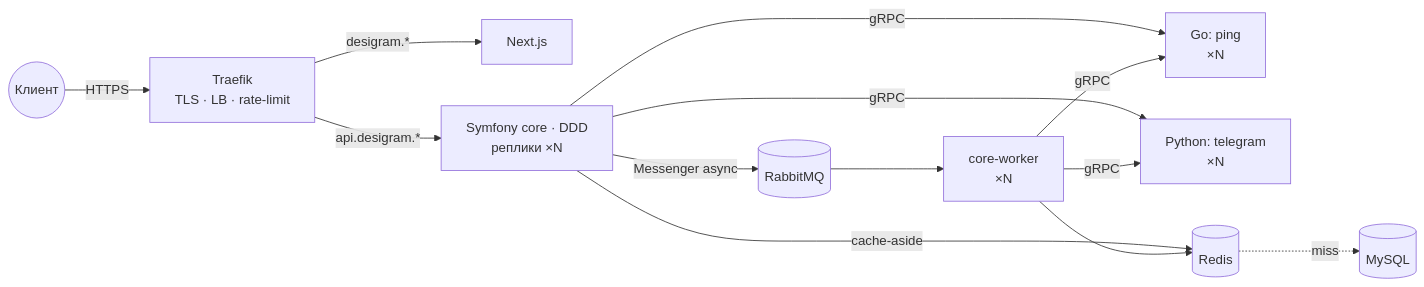
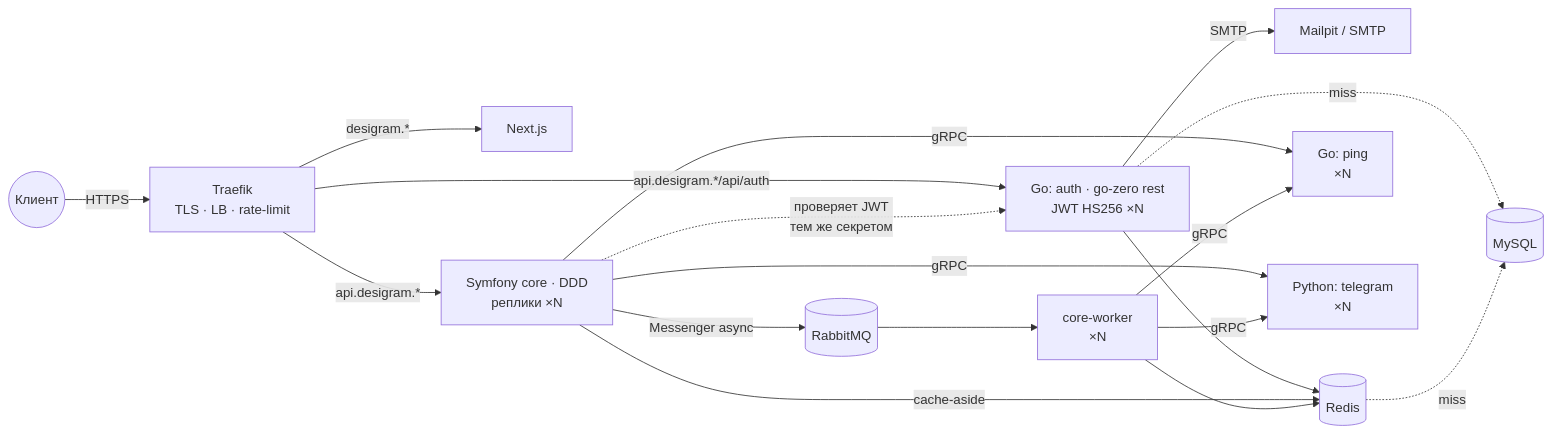
The diagram in README.md (snowaa-desigram/desigram), drawn with Mermaid before and after one commit. The commit also changed other lines of this file and 4 other files, not shown here.

First line of the commit message:
feat(auth): e2e auth-флоу через Mailpit, make openapi, README, сабмодули backend/enviropment

````diff
--- a/README.md
+++ b/README.md
@@ -9,15 +9,20 @@
 ```mermaid
 flowchart LR
     U((Клиент)) -->|HTTPS| T[Traefik<br/>TLS · LB · rate-limit]
     T -->|desigram.*| F[Next.js]
     T -->|api.desigram.*| C[Symfony core · DDD<br/>реплики ×N]
+    T -->|api.desigram.*/api/auth| A[Go: auth · go-zero rest<br/>JWT HS256 ×N]
+    A -->|SMTP| M[Mailpit / SMTP]
+    A --> R
+    A -.->|miss| DB
+    C -.->|проверяет JWT<br/>тем же секретом| A
     C -->|gRPC| P[Go: ping<br/>×N]
     C -->|gRPC| TG[Python: telegram<br/>×N]
     C -->|cache-aside| R[(Redis)]
     R -.->|miss| DB[(MySQL)]
     C -->|Messenger async| Q[(RabbitMQ)]
     Q --> W[core-worker<br/>×N]
     W -->|gRPC| TG
     W -->|gRPC| P
     W --> R
 ```
````
